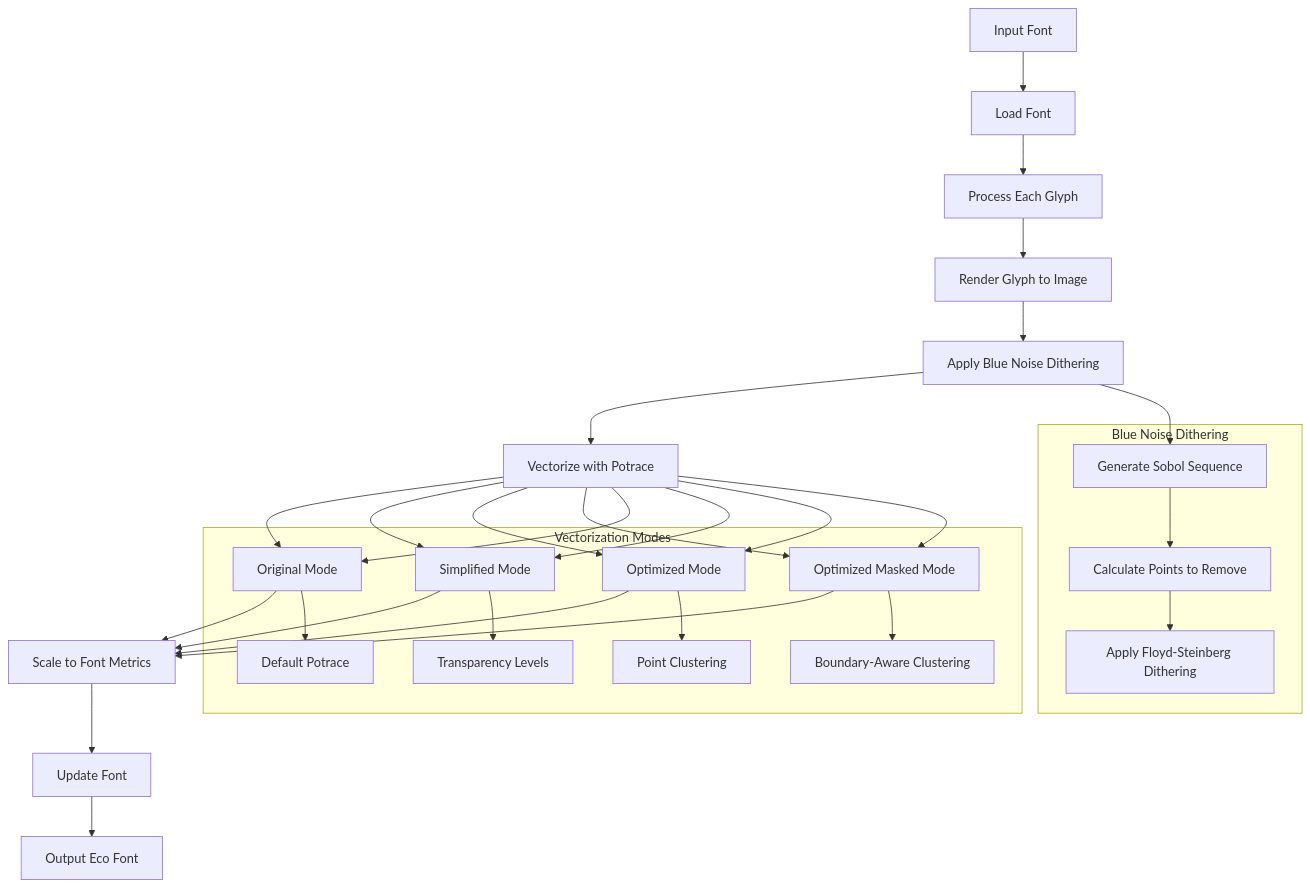
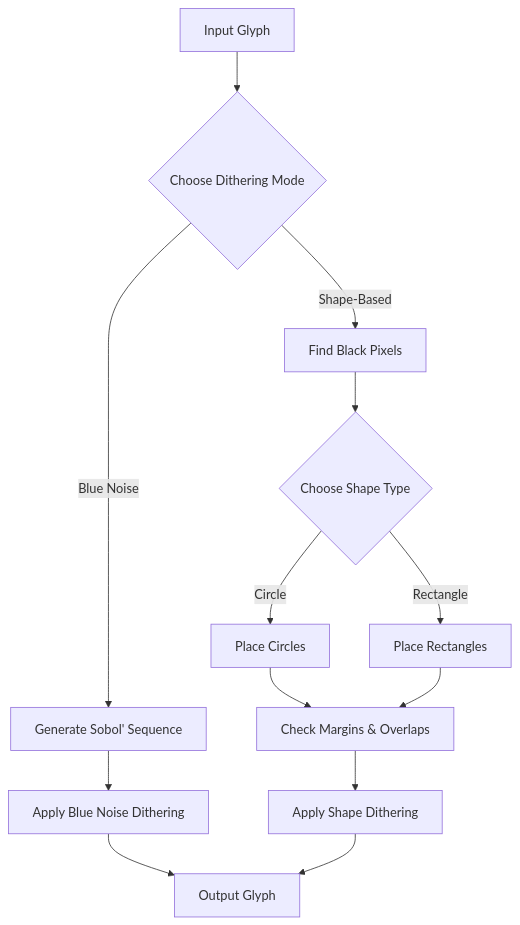
Before and after one commit to dsmutin/FontEco: the diagram in README.md, drawn with Mermaid. The commit also changed other lines of this file and 7 other files, not shown here.

Commit message:
add new dithering mode

````diff
--- a/README.md
+++ b/README.md
@@ -47,39 +58,15 @@
 ```mermaid
 graph TD
-    A[Input Font] --> B[Load Font]
-    B --> C[Process Each Glyph]
-    C --> D[Render Glyph to Image]
-    D --> E[Apply Blue Noise Dithering]
-    E --> F[Vectorize with Potrace]
-    
-    F --> G1[Original Mode]
-    F --> G2[Simplified Mode]
-    F --> G3[Optimized Mode]
-    F --> G4[Optimized Masked Mode]
-    
-    G1 --> H[Scale to Font Metrics]
-    G2 --> H
-    G3 --> H
-    G4 --> H
-    
-    H --> I[Update Font]
-    I --> J[Output Eco Font]
-    
-    subgraph "Blue Noise Dithering"
-        E1[Generate Sobol Sequence] --> E2[Calculate Points to Remove]
-        E2 --> E3[Apply Floyd-Steinberg Dithering]
-    end
-    
-    subgraph "Vectorization Modes"
-        G1 --> G1a[Default Potrace]
-        G2 --> G2a[Transparency Levels]
-        G3 --> G3a[Point Clustering]
-        G4 --> G4a[Boundary-Aware Clustering]
-    end
-    
-    E --> E1
-    F --> G1
-    F --> G2
-    F --> G3
-    F --> G4
+    A[Input Glyph] --> B{Choose Dithering Mode}
+    B -->|Blue Noise| C[Generate Sobol' Sequence]
+    B -->|Shape-Based| D[Find Black Pixels]
+    C --> E[Apply Blue Noise Dithering]
+    D --> F{Choose Shape Type}
+    F -->|Circle| G[Place Circles]
+    F -->|Rectangle| H[Place Rectangles]
+    G --> I[Check Margins & Overlaps]
+    H --> I
+    I --> J[Apply Shape Dithering]
+    E --> K[Output Glyph]
+    J --> K
 ```
````
